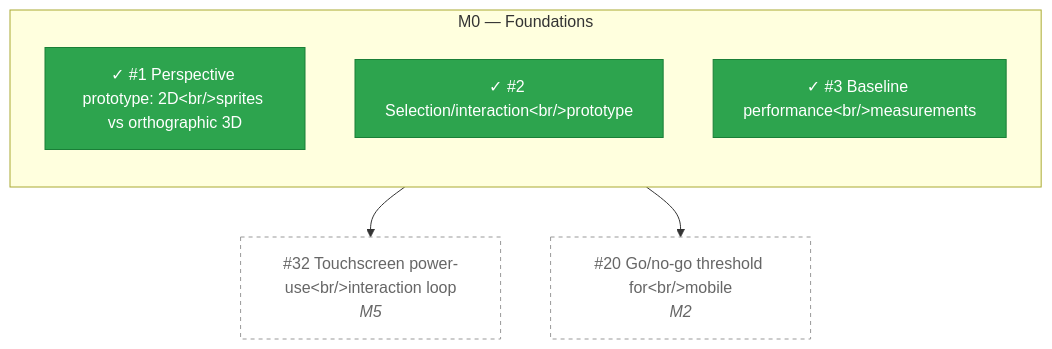
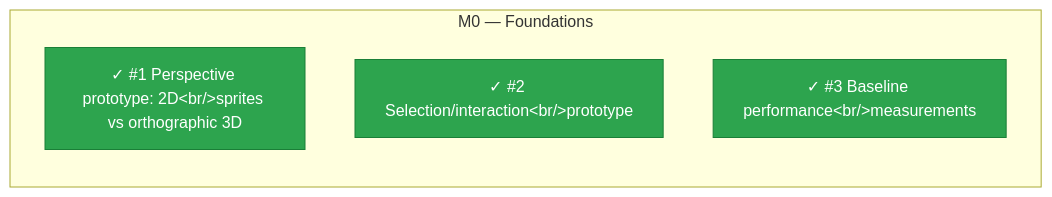
The diagram in docs/roadmap/M0.md (zhollis21/KingdomWatch), drawn with Mermaid before and after one commit. The commit also changed 7 other files, not shown here.

````diff
--- a/docs/roadmap/M0.md
+++ b/docs/roadmap/M0.md
@@ -9,20 +9,16 @@
 ```mermaid
 flowchart TD
   subgraph MSM0Foundations["M0 — Foundations"]
     direction TD
     I1["✓ #1 Perspective prototype: 2D#lt;br/#gt;sprites vs orthographic 3D"]:::done
     I2["✓ #2 Selection/interaction#lt;br/#gt;prototype"]:::done
     I3["✓ #3 Baseline performance#lt;br/#gt;measurements"]:::done
   end
-  I20["#20 Go/no-go threshold for#lt;br/#gt;mobile<br/><i>M2</i>"]:::ext
-  I32["#32 Touchscreen power-use#lt;br/#gt;interaction loop<br/><i>M5</i>"]:::ext
-  I2 --> I32
-  I3 --> I20
   classDef p0 fill:#b60205,color:#fff,stroke:#8c0000
   classDef p1 fill:#e99695,color:#000,stroke:#c66
   classDef p2 fill:#fef2c0,color:#000,stroke:#d4b106
   classDef p3 fill:#ededed,color:#000,stroke:#bbb
   classDef none fill:#fff,color:#000,stroke:#999
   classDef done fill:#2da44e,color:#fff,stroke:#1a7f37
   classDef ext fill:#fff,color:#666,stroke:#999,stroke-dasharray:4 4
 ```
````
